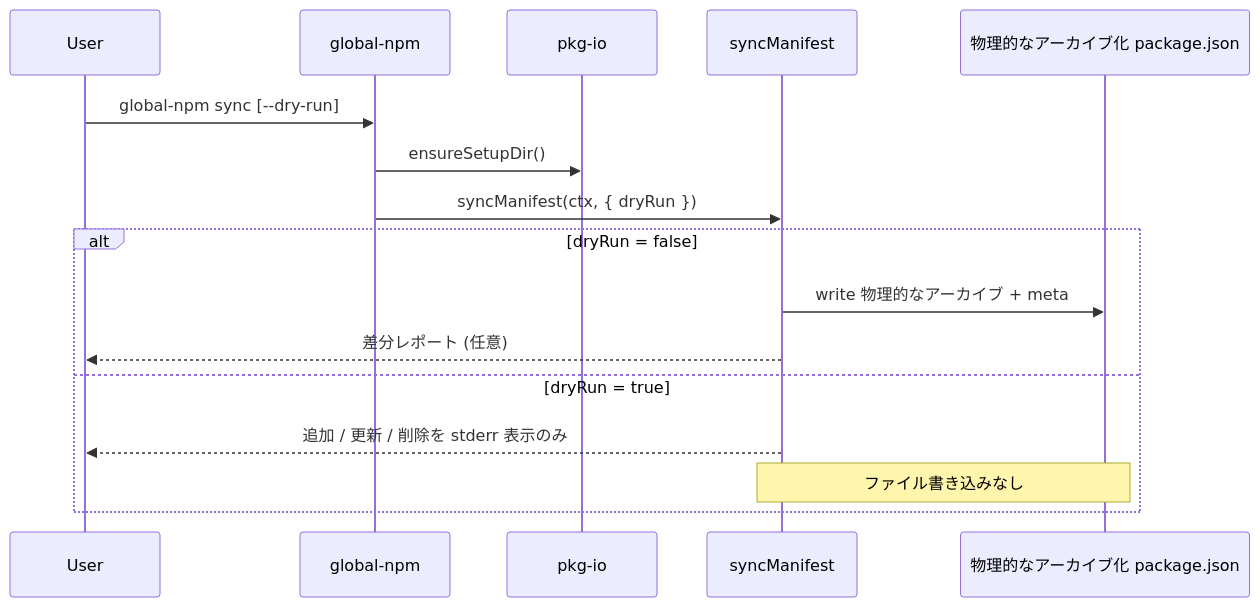
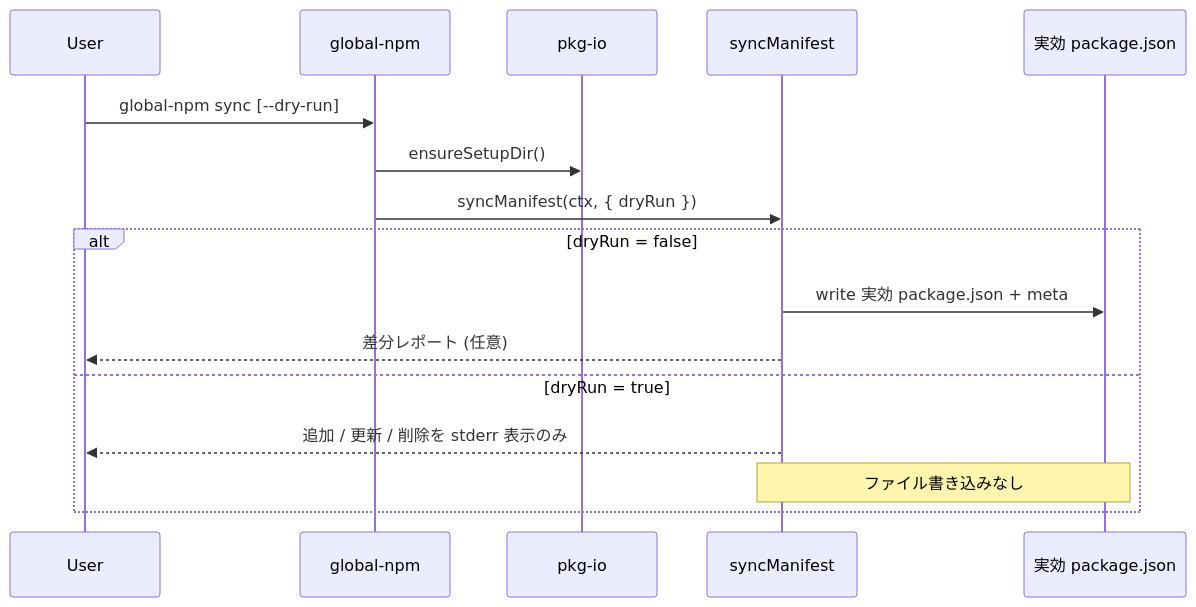
One commit to stein2nd/global-npm-setup changed the sixth of 8 diagrams in docsMod/mod-overlay-manifest.md. Above: the diagram before and after it, drawn with Mermaid. The commit also changed other lines of this file, not shown here.

````diff
--- a/docsMod/mod-overlay-manifest.md
+++ b/docsMod/mod-overlay-manifest.md
@@ -409,19 +409,19 @@
 ```mermaid
 sequenceDiagram
   participant U as User
   participant CLI as global-npm
   participant IO as pkg-io
   participant S as syncManifest
-  participant M as 物理的なアーカイブ化 package.json
+  participant M as 実効 package.json
 
   U->>CLI: global-npm sync [--dry-run]
   CLI->>IO: ensureSetupDir()
   CLI->>S: syncManifest(ctx, { dryRun })
   alt dryRun = false
-    S->>M: write 物理的なアーカイブ + meta
+    S->>M: write 実効 package.json + meta
     S-->>U: 差分レポート (任意)
   else dryRun = true
     S-->>U: 追加 / 更新 / 削除を stderr 表示のみ
     Note over S,M: ファイル書き込みなし
   end
 ```
````
